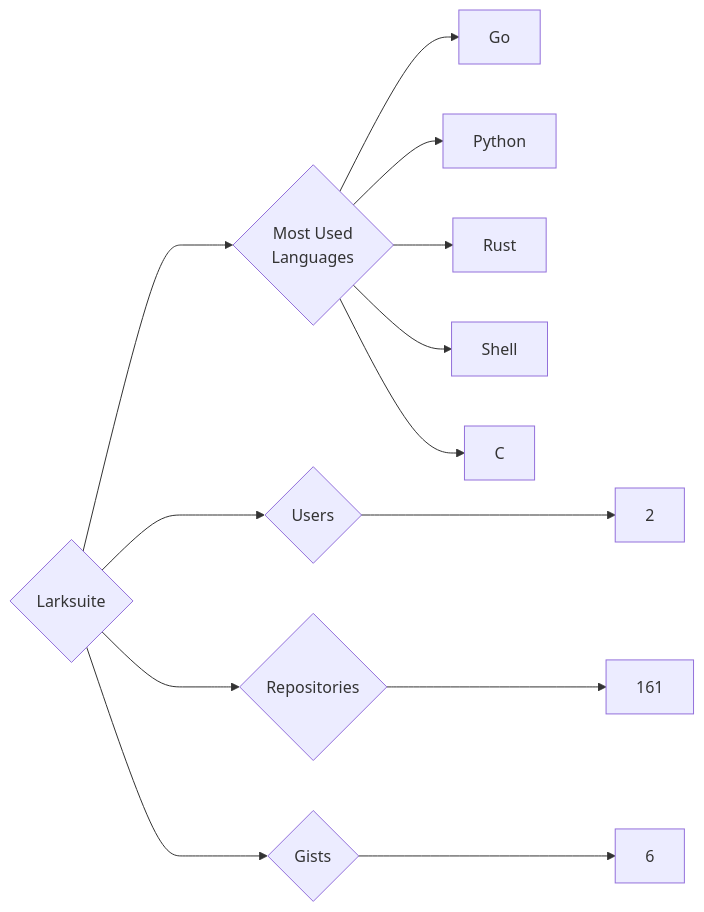
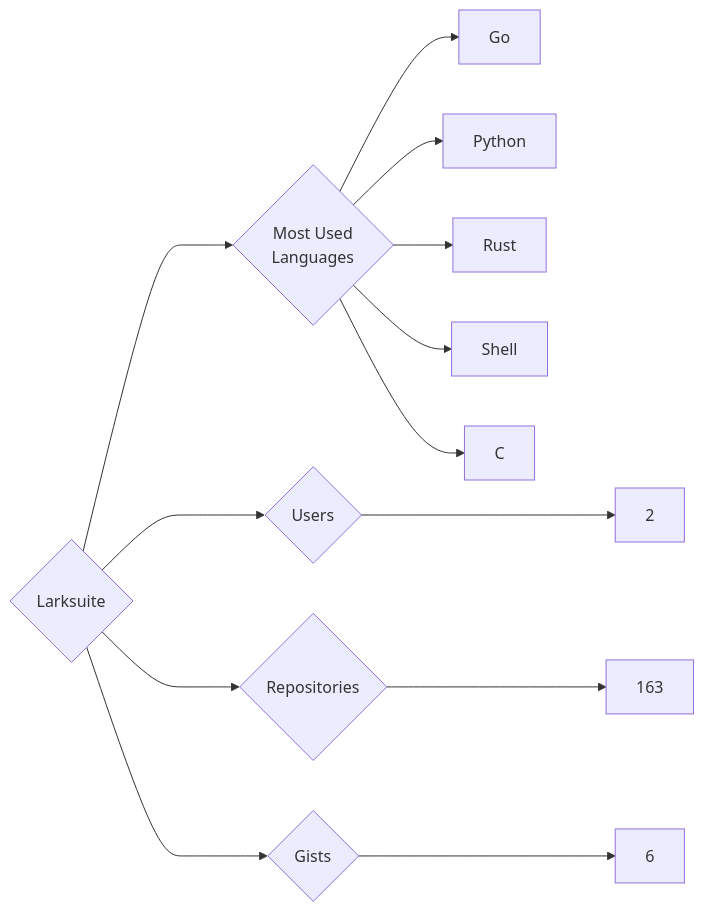
One commit to trickest/insiders changed the diagram in targets/Larksuite/README.md. Above: the diagram before and after it, drawn with Mermaid. The commit also changed 611 other files, not shown here.

````diff
--- a/targets/Larksuite/README.md
+++ b/targets/Larksuite/README.md
@@ -3,13 +3,13 @@
 ```mermaid
 graph LR
 COMPANY_NAME{Larksuite}
 COMPANY_NAME ---> U{Users} ---> UN[2]
-COMPANY_NAME ---> R{Repositories} ---> RN[161]
+COMPANY_NAME ---> R{Repositories} ---> RN[163]
 COMPANY_NAME ---> G{Gists} ---> GN[6]
 COMPANY_NAME ---> ML{Most Used<br>Languages}
 ML --> Go[Go]
 ML --> Python[Python]
 ML --> Rust[Rust]
 ML --> Shell[Shell]
 ML --> C[C]
 ```
````
